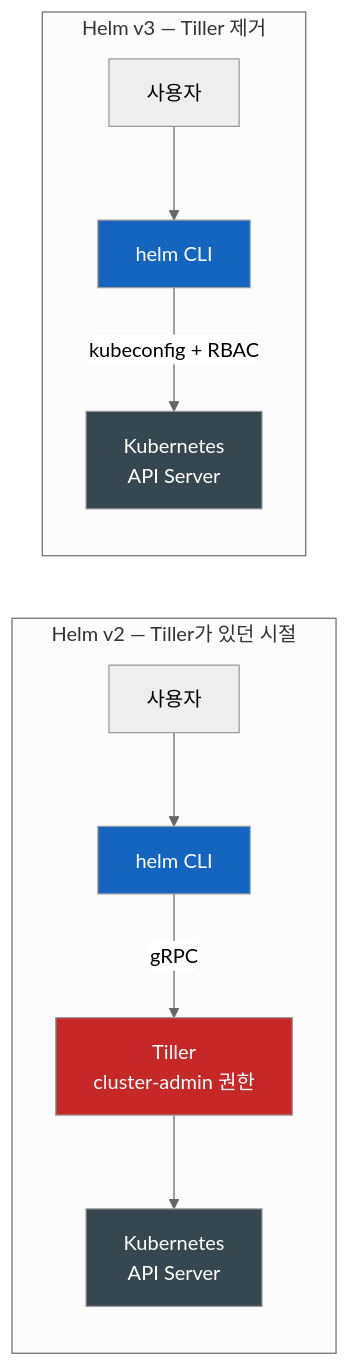
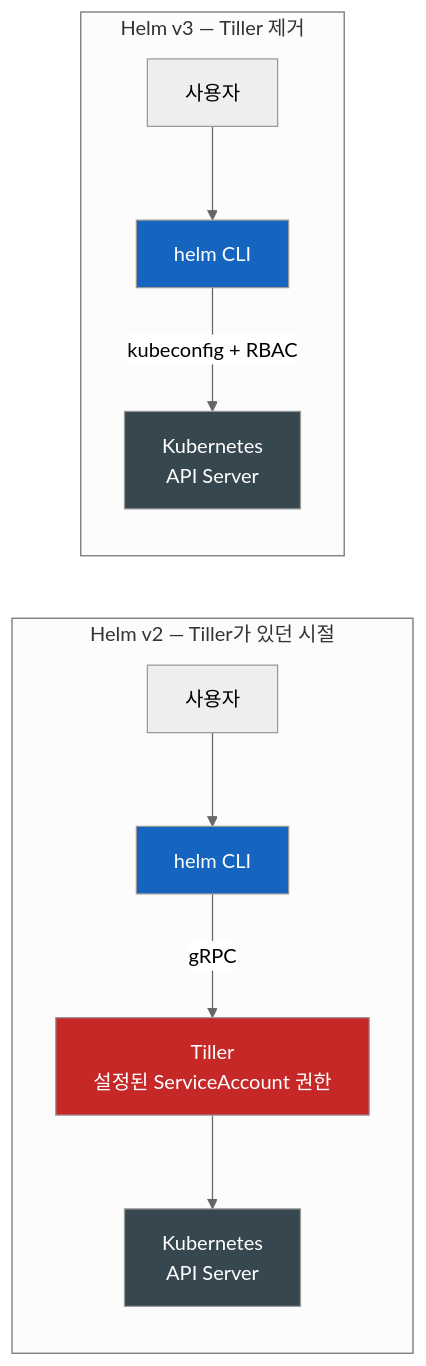
One commit to sskim91/TIL changed the fifth of 5 diagrams in kubernetes/Helm-쿠버네티스의-패키지-매니저는-왜-필요한가.md. Above: the diagram before and after it, drawn with Mermaid (neutral theme). The commit also changed other lines of this file and 39 other files, not shown here.

````diff
--- a/kubernetes/Helm-쿠버네티스의-패키지-매니저는-왜-필요한가.md
+++ b/kubernetes/Helm-쿠버네티스의-패키지-매니저는-왜-필요한가.md
@@ -240,19 +269,19 @@
 ```mermaid
 flowchart LR
     subgraph Local[Helm v2 — Tiller가 있던 시절]
         UserV2[사용자] --> CLIv2[helm CLI]
-        CLIv2 -->|gRPC| Tiller[Tiller<br>cluster-admin 권한]
+        CLIv2 -->|gRPC| Tiller[Tiller<br>설정된 ServiceAccount 권한]
         Tiller --> APIv2[Kubernetes<br>API Server]
     end
 
     subgraph Remote[Helm v3 — Tiller 제거]
         UserV3[사용자] --> CLIv3[helm CLI]
         CLIv3 -->|kubeconfig + RBAC| APIv3[Kubernetes<br>API Server]
     end
 
     style Tiller fill:#C62828,color:#fff
     style CLIv2 fill:#1565C0,color:#fff
     style CLIv3 fill:#1565C0,color:#fff
     style APIv2 fill:#37474F,color:#fff
     style APIv3 fill:#37474F,color:#fff
 ```
````
